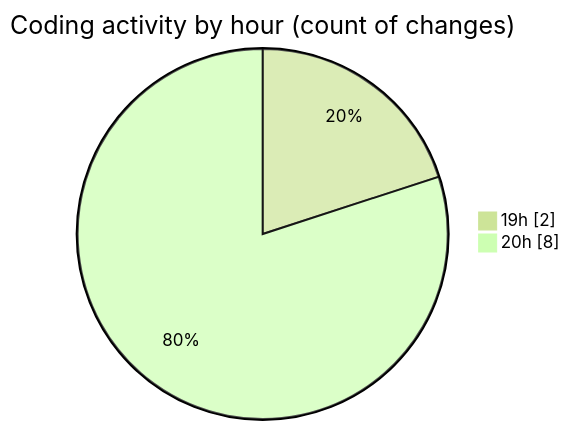
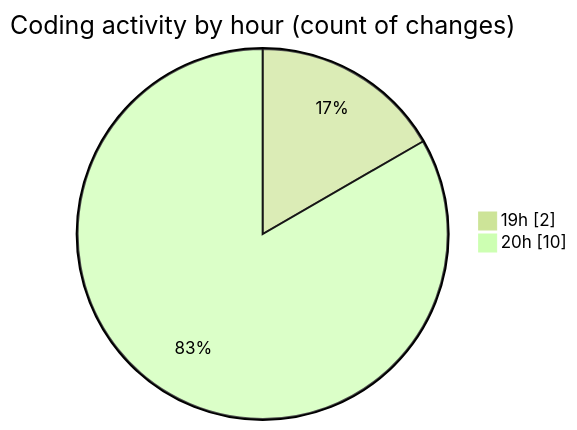
One commit to Elitesun/code-tracking changed the second of 2 diagrams in 2025-01-29/react/README.md. Above: the diagram before and after it, drawn with Mermaid (forest theme). The commit also changed other lines of this file and 1 other file, not shown here.

````diff
--- a/2025-01-29/react/README.md
+++ b/2025-01-29/react/README.md
@@ -31,6 +31,6 @@
 ```mermaid
 pie showData
 title Coding activity by hour (count of changes)
 "19h" : 2
-"20h" : 8
+"20h" : 10
 ```
````
